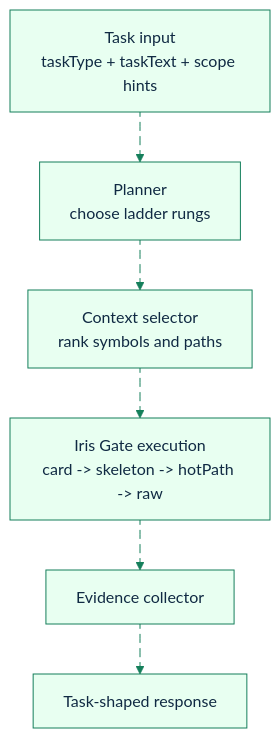
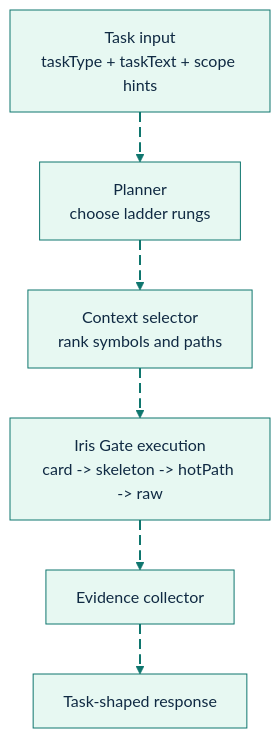
One commit to GlitterKill/sdl-mcp changed the diagram in docs/feature-deep-dives/agent-context.md. Above: the diagram before and after it, drawn with Mermaid. The commit also changed 33 other files, not shown here.

First line of the commit message:
docs: update mermaid diagram themes and styling across documentation

````diff
--- a/docs/feature-deep-dives/agent-context.md
+++ b/docs/feature-deep-dives/agent-context.md
@@ -19,19 +19,25 @@
 ```mermaid
-%%{init: {"theme":"base","themeVariables":{"primaryColor":"#e8fff1","primaryBorderColor":"#157f5b","primaryTextColor":"#102a43","secondaryColor":"#eef6ff","secondaryBorderColor":"#2563eb","tertiaryColor":"#fff4d6","tertiaryBorderColor":"#b45309","lineColor":"#157f5b","fontFamily":"Trebuchet MS, Arial"},"flowchart":{"curve":"basis"}}}%%
+%%{init: {"theme":"base","themeVariables":{"background":"#ffffff","primaryColor":"#E7F8F2","primaryBorderColor":"#0F766E","primaryTextColor":"#102A43","secondaryColor":"#E8F1FF","secondaryBorderColor":"#2563EB","secondaryTextColor":"#102A43","tertiaryColor":"#FFF4D6","tertiaryBorderColor":"#B45309","tertiaryTextColor":"#102A43","lineColor":"#0F766E","textColor":"#102A43","fontFamily":"Inter, ui-sans-serif, system-ui, -apple-system, BlinkMacSystemFont, Segoe UI, sans-serif"},"flowchart":{"curve":"basis","htmlLabels":true}}}%%
 flowchart TD
     Task["Task input<br/>taskType + taskText + scope hints"]
     Planner["Planner<br/>choose ladder rungs"]
     Selector["Context selector<br/>rank symbols and paths"]
     Ladder["Iris Gate execution<br/>card -> skeleton -> hotPath -> raw"]
     Evidence["Evidence collector"]
     Response["Task-shaped response"]
 
     Task e1@--> Planner
     Planner e2@--> Selector
     Selector e3@--> Ladder
     Ladder e4@--> Evidence
     Evidence e5@--> Response
 
-    classDef animate stroke-dasharray: 9\,5,stroke-dashoffset: 900,animation: dash 25s linear infinite;
-    class e1,e2,e3,e4,e5 animate
+    classDef source fill:#E7F8F2,stroke:#0F766E,stroke-width:2px,color:#102A43;
+    classDef process fill:#E8F1FF,stroke:#2563EB,stroke-width:2px,color:#102A43;
+    classDef decision fill:#FFF4D6,stroke:#B45309,stroke-width:2px,color:#102A43;
+    classDef storage fill:#F2E8FF,stroke:#7C3AED,stroke-width:2px,color:#102A43;
+    classDef output fill:#FFE8EF,stroke:#BE123C,stroke-width:2px,color:#102A43;
+    classDef muted fill:#F8FAFC,stroke:#64748B,stroke-width:1px,color:#102A43;
+    classDef animate stroke:#0F766E,stroke-width:2px,stroke-dasharray:10\,5,stroke-dashoffset:900,animation:dash 22s linear infinite;
+    class e1,e2,e3,e4,e5 animate;
 ```
````
